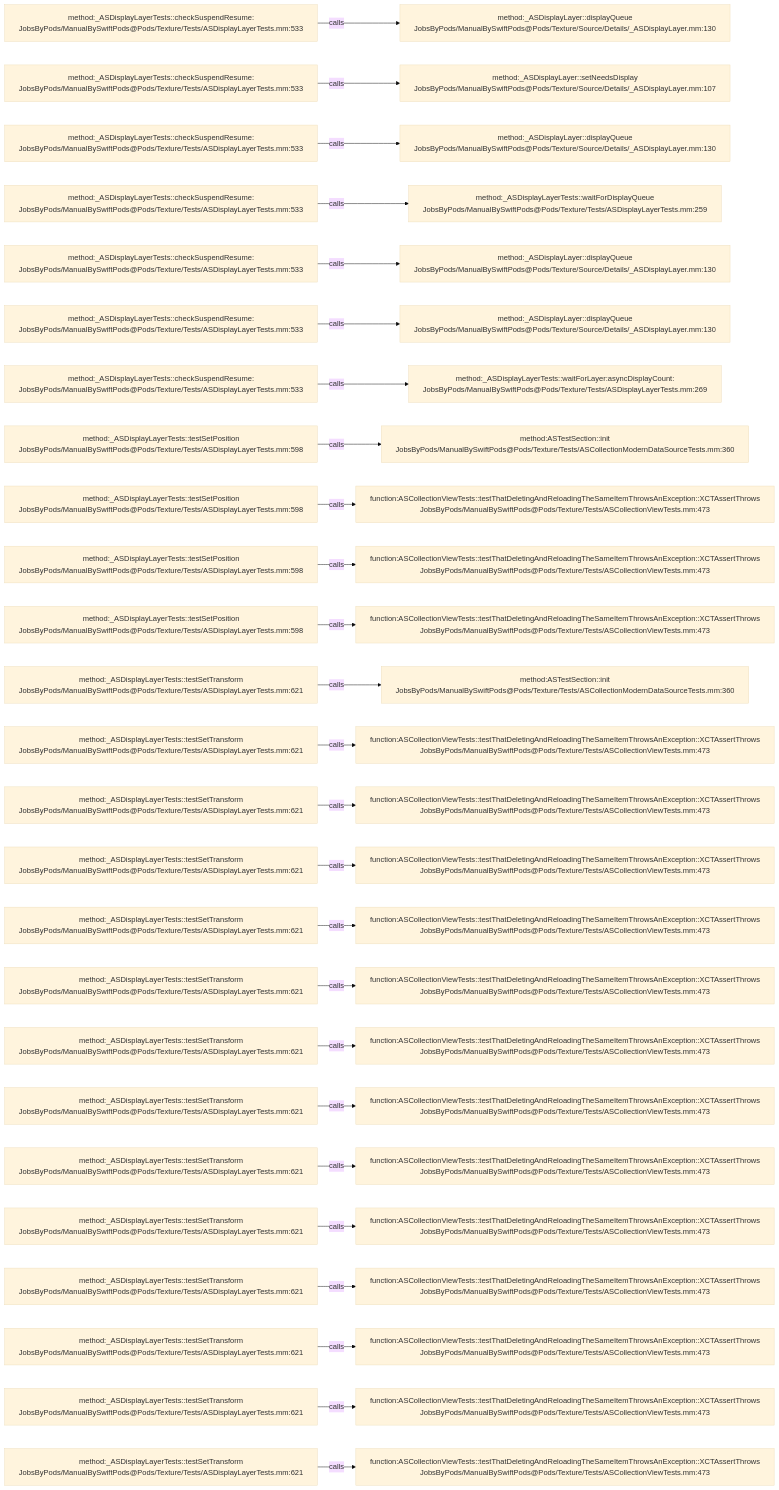
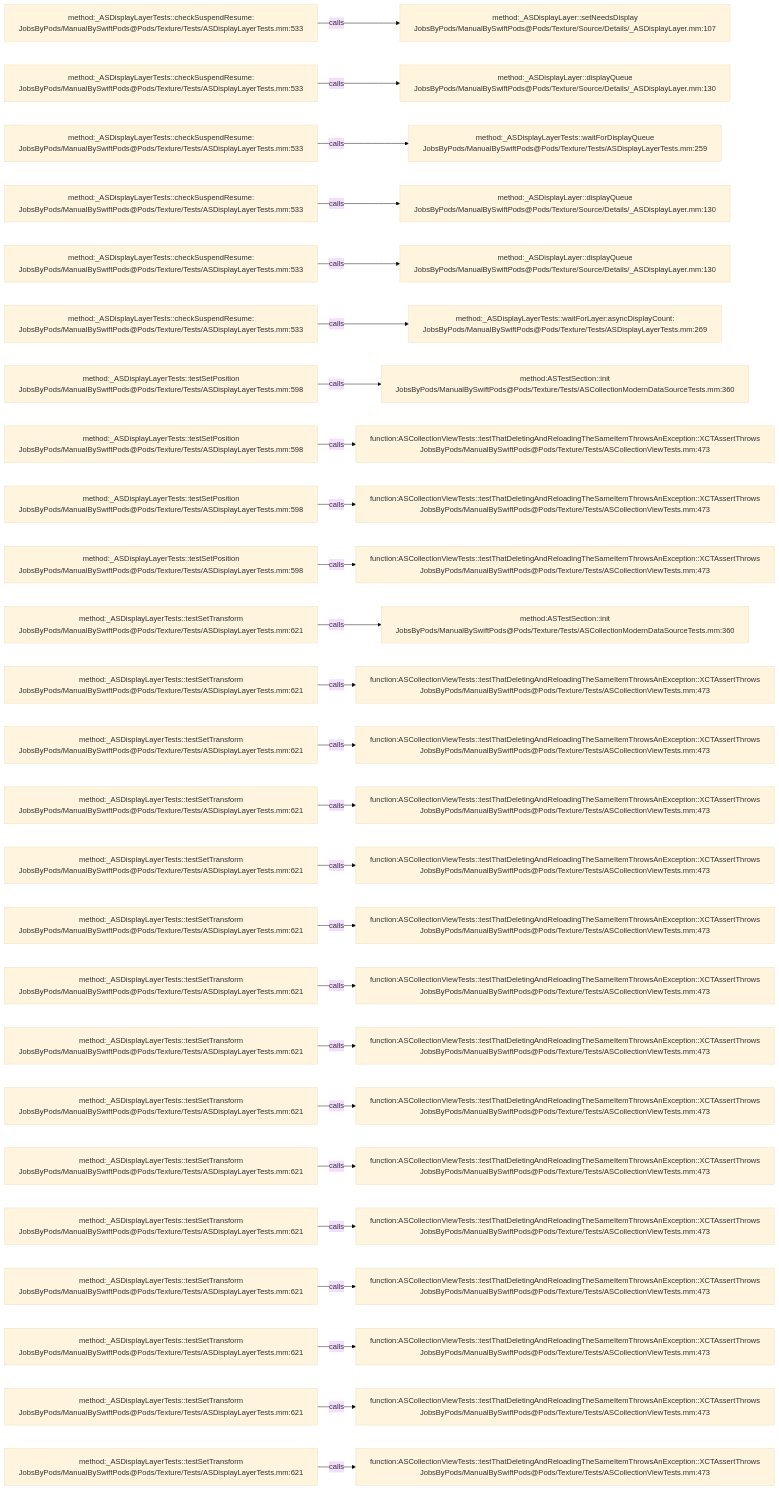
Before and after one commit to JobsKits/JobsSwiftBaseConfigDemo: the diagram in .codegraph/codegraph.md/graphs/calls-181.md, drawn with Mermaid (base theme). The commit also changed 747 other files, not shown here.

````diff
--- a/.codegraph/codegraph.md/graphs/calls-181.md
+++ b/.codegraph/codegraph.md/graphs/calls-181.md
@@ -13,78 +13,78 @@
 ```mermaid
 flowchart LR
   S1["method:_ASDisplayLayerTests::checkSuspendResume:<br/>JobsByPods/ManualBySwiftPods@Pods/Texture/Tests/ASDisplayLayerTests.mm:533"]
-  T1["method:_ASDisplayLayer::displayQueue<br/>JobsByPods/ManualBySwiftPods@Pods/Texture/Source/Details/_ASDisplayLayer.mm:130"]
+  T1["method:_ASDisplayLayer::setNeedsDisplay<br/>JobsByPods/ManualBySwiftPods@Pods/Texture/Source/Details/_ASDisplayLayer.mm:107"]
   S1 -->|calls| T1
   S2["method:_ASDisplayLayerTests::checkSuspendResume:<br/>JobsByPods/ManualBySwiftPods@Pods/Texture/Tests/ASDisplayLayerTests.mm:533"]
-  T2["method:_ASDisplayLayer::setNeedsDisplay<br/>JobsByPods/ManualBySwiftPods@Pods/Texture/Source/Details/_ASDisplayLayer.mm:107"]
+  T2["method:_ASDisplayLayer::displayQueue<br/>JobsByPods/ManualBySwiftPods@Pods/Texture/Source/Details/_ASDisplayLayer.mm:130"]
   S2 -->|calls| T2
   S3["method:_ASDisplayLayerTests::checkSuspendResume:<br/>JobsByPods/ManualBySwiftPods@Pods/Texture/Tests/ASDisplayLayerTests.mm:533"]
-  T3["method:_ASDisplayLayer::displayQueue<br/>JobsByPods/ManualBySwiftPods@Pods/Texture/Source/Details/_ASDisplayLayer.mm:130"]
+  T3["method:_ASDisplayLayerTests::waitForDisplayQueue<br/>JobsByPods/ManualBySwiftPods@Pods/Texture/Tests/ASDisplayLayerTests.mm:259"]
   S3 -->|calls| T3
   S4["method:_ASDisplayLayerTests::checkSuspendResume:<br/>JobsByPods/ManualBySwiftPods@Pods/Texture/Tests/ASDisplayLayerTests.mm:533"]
-  T4["method:_ASDisplayLayerTests::waitForDisplayQueue<br/>JobsByPods/ManualBySwiftPods@Pods/Texture/Tests/ASDisplayLayerTests.mm:259"]
+  T4["method:_ASDisplayLayer::displayQueue<br/>JobsByPods/ManualBySwiftPods@Pods/Texture/Source/Details/_ASDisplayLayer.mm:130"]
   S4 -->|calls| T4
   S5["method:_ASDisplayLayerTests::checkSuspendResume:<br/>JobsByPods/ManualBySwiftPods@Pods/Texture/Tests/ASDisplayLayerTests.mm:533"]
   T5["method:_ASDisplayLayer::displayQueue<br/>JobsByPods/ManualBySwiftPods@Pods/Texture/Source/Details/_ASDisplayLayer.mm:130"]
   S5 -->|calls| T5
   S6["method:_ASDisplayLayerTests::checkSuspendResume:<br/>JobsByPods/ManualBySwiftPods@Pods/Texture/Tests/ASDisplayLayerTests.mm:533"]
-  T6["method:_ASDisplayLayer::displayQueue<br/>JobsByPods/ManualBySwiftPods@Pods/Texture/Source/Details/_ASDisplayLayer.mm:130"]
+  T6["method:_ASDisplayLayerTests::waitForLayer:asyncDisplayCount:<br/>JobsByPods/ManualBySwiftPods@Pods/Texture/Tests/ASDisplayLayerTests.mm:269"]
   S6 -->|calls| T6
-  S7["method:_ASDisplayLayerTests::checkSuspendResume:<br/>JobsByPods/ManualBySwiftPods@Pods/Texture/Tests/ASDisplayLayerTests.mm:533"]
-  T7["method:_ASDisplayLayerTests::waitForLayer:asyncDisplayCount:<br/>JobsByPods/ManualBySwiftPods@Pods/Texture/Tests/ASDisplayLayerTests.mm:269"]
+  S7["method:_ASDisplayLayerTests::testSetPosition<br/>JobsByPods/ManualBySwiftPods@Pods/Texture/Tests/ASDisplayLayerTests.mm:598"]
+  T7["method:ASTestSection::init<br/>JobsByPods/ManualBySwiftPods@Pods/Texture/Tests/ASCollectionModernDataSourceTests.mm:360"]
   S7 -->|calls| T7
   S8["method:_ASDisplayLayerTests::testSetPosition<br/>JobsByPods/ManualBySwiftPods@Pods/Texture/Tests/ASDisplayLayerTests.mm:598"]
-  T8["method:ASTestSection::init<br/>JobsByPods/ManualBySwiftPods@Pods/Texture/Tests/ASCollectionModernDataSourceTests.mm:360"]
+  T8["function:ASCollectionViewTests::testThatDeletingAndReloadingTheSameItemThrowsAnException::XCTAssertThrows<br/>JobsByPods/ManualBySwiftPods@Pods/Texture/Tests/ASCollectionViewTests.mm:473"]
   S8 -->|calls| T8
   S9["method:_ASDisplayLayerTests::testSetPosition<br/>JobsByPods/ManualBySwiftPods@Pods/Texture/Tests/ASDisplayLayerTests.mm:598"]
   T9["function:ASCollectionViewTests::testThatDeletingAndReloadingTheSameItemThrowsAnException::XCTAssertThrows<br/>JobsByPods/ManualBySwiftPods@Pods/Texture/Tests/ASCollectionViewTests.mm:473"]
   S9 -->|calls| T9
   S10["method:_ASDisplayLayerTests::testSetPosition<br/>JobsByPods/ManualBySwiftPods@Pods/Texture/Tests/ASDisplayLayerTests.mm:598"]
   T10["function:ASCollectionViewTests::testThatDeletingAndReloadingTheSameItemThrowsAnException::XCTAssertThrows<br/>JobsByPods/ManualBySwiftPods@Pods/Texture/Tests/ASCollectionViewTests.mm:473"]
   S10 -->|calls| T10
-  S11["method:_ASDisplayLayerTests::testSetPosition<br/>JobsByPods/ManualBySwiftPods@Pods/Texture/Tests/ASDisplayLayerTests.mm:598"]
-  T11["function:ASCollectionViewTests::testThatDeletingAndReloadingTheSameItemThrowsAnException::XCTAssertThrows<br/>JobsByPods/ManualBySwiftPods@Pods/Texture/Tests/ASCollectionViewTests.mm:473"]
+  S11["method:_ASDisplayLayerTests::testSetTransform<br/>JobsByPods/ManualBySwiftPods@Pods/Texture/Tests/ASDisplayLayerTests.mm:621"]
+  T11["method:ASTestSection::init<br/>JobsByPods/ManualBySwiftPods@Pods/Texture/Tests/ASCollectionModernDataSourceTests.mm:360"]
   S11 -->|calls| T11
   S12["method:_ASDisplayLayerTests::testSetTransform<br/>JobsByPods/ManualBySwiftPods@Pods/Texture/Tests/ASDisplayLayerTests.mm:621"]
-  T12["method:ASTestSection::init<br/>JobsByPods/ManualBySwiftPods@Pods/Texture/Tests/ASCollectionModernDataSourceTests.mm:360"]
+  T12["function:ASCollectionViewTests::testThatDeletingAndReloadingTheSameItemThrowsAnException::XCTAssertThrows<br/>JobsByPods/ManualBySwiftPods@Pods/Texture/Tests/ASCollectionViewTests.mm:473"]
   S12 -->|calls| T12
   S13["method:_ASDisplayLayerTests::testSetTransform<br/>JobsByPods/ManualBySwiftPods@Pods/Texture/Tests/ASDisplayLayerTests.mm:621"]
   T13["function:ASCollectionViewTests::testThatDeletingAndReloadingTheSameItemThrowsAnException::XCTAssertThrows<br/>JobsByPods/ManualBySwiftPods@Pods/Texture/Tests/ASCollectionViewTests.mm:473"]
   S13 -->|calls| T13
   S14["method:_ASDisplayLayerTests::testSetTransform<br/>JobsByPods/ManualBySwiftPods@Pods/Texture/Tests/ASDisplayLayerTests.mm:621"]
   T14["function:ASCollectionViewTests::testThatDeletingAndReloadingTheSameItemThrowsAnException::XCTAssertThrows<br/>JobsByPods/ManualBySwiftPods@Pods/Texture/Tests/ASCollectionViewTests.mm:473"]
   S14 -->|calls| T14
   S15["method:_ASDisplayLayerTests::testSetTransform<br/>JobsByPods/ManualBySwiftPods@Pods/Texture/Tests/ASDisplayLayerTests.mm:621"]
   T15["function:ASCollectionViewTests::testThatDeletingAndReloadingTheSameItemThrowsAnException::XCTAssertThrows<br/>JobsByPods/ManualBySwiftPods@Pods/Texture/Tests/ASCollectionViewTests.mm:473"]
   S15 -->|calls| T15
   S16["method:_ASDisplayLayerTests::testSetTransform<br/>JobsByPods/ManualBySwiftPods@Pods/Texture/Tests/ASDisplayLayerTests.mm:621"]
   T16["function:ASCollectionViewTests::testThatDeletingAndReloadingTheSameItemThrowsAnException::XCTAssertThrows<br/>JobsByPods/ManualBySwiftPods@Pods/Texture/Tests/ASCollectionViewTests.mm:473"]
   S16 -->|calls| T16
   S17["method:_ASDisplayLayerTests::testSetTransform<br/>JobsByPods/ManualBySwiftPods@Pods/Texture/Tests/ASDisplayLayerTests.mm:621"]
   T17["function:ASCollectionViewTests::testThatDeletingAndReloadingTheSameItemThrowsAnException::XCTAssertThrows<br/>JobsByPods/ManualBySwiftPods@Pods/Texture/Tests/ASCollectionViewTests.mm:473"]
   S17 -->|calls| T17
   S18["method:_ASDisplayLayerTests::testSetTransform<br/>JobsByPods/ManualBySwiftPods@Pods/Texture/Tests/ASDisplayLayerTests.mm:621"]
   T18["function:ASCollectionViewTests::testThatDeletingAndReloadingTheSameItemThrowsAnException::XCTAssertThrows<br/>JobsByPods/ManualBySwiftPods@Pods/Texture/Tests/ASCollectionViewTests.mm:473"]
   S18 -->|calls| T18
   S19["method:_ASDisplayLayerTests::testSetTransform<br/>JobsByPods/ManualBySwiftPods@Pods/Texture/Tests/ASDisplayLayerTests.mm:621"]
   T19["function:ASCollectionViewTests::testThatDeletingAndReloadingTheSameItemThrowsAnException::XCTAssertThrows<br/>JobsByPods/ManualBySwiftPods@Pods/Texture/Tests/ASCollectionViewTests.mm:473"]
   S19 -->|calls| T19
   S20["method:_ASDisplayLayerTests::testSetTransform<br/>JobsByPods/ManualBySwiftPods@Pods/Texture/Tests/ASDisplayLayerTests.mm:621"]
   T20["function:ASCollectionViewTests::testThatDeletingAndReloadingTheSameItemThrowsAnException::XCTAssertThrows<br/>JobsByPods/ManualBySwiftPods@Pods/Texture/Tests/ASCollectionViewTests.mm:473"]
   S20 -->|calls| T20
   S21["method:_ASDisplayLayerTests::testSetTransform<br/>JobsByPods/ManualBySwiftPods@Pods/Texture/Tests/ASDisplayLayerTests.mm:621"]
   T21["function:ASCollectionViewTests::testThatDeletingAndReloadingTheSameItemThrowsAnException::XCTAssertThrows<br/>JobsByPods/ManualBySwiftPods@Pods/Texture/Tests/ASCollectionViewTests.mm:473"]
   S21 -->|calls| T21
   S22["method:_ASDisplayLayerTests::testSetTransform<br/>JobsByPods/ManualBySwiftPods@Pods/Texture/Tests/ASDisplayLayerTests.mm:621"]
   T22["function:ASCollectionViewTests::testThatDeletingAndReloadingTheSameItemThrowsAnException::XCTAssertThrows<br/>JobsByPods/ManualBySwiftPods@Pods/Texture/Tests/ASCollectionViewTests.mm:473"]
   S22 -->|calls| T22
   S23["method:_ASDisplayLayerTests::testSetTransform<br/>JobsByPods/ManualBySwiftPods@Pods/Texture/Tests/ASDisplayLayerTests.mm:621"]
   T23["function:ASCollectionViewTests::testThatDeletingAndReloadingTheSameItemThrowsAnException::XCTAssertThrows<br/>JobsByPods/ManualBySwiftPods@Pods/Texture/Tests/ASCollectionViewTests.mm:473"]
   S23 -->|calls| T23
   S24["method:_ASDisplayLayerTests::testSetTransform<br/>JobsByPods/ManualBySwiftPods@Pods/Texture/Tests/ASDisplayLayerTests.mm:621"]
   T24["function:ASCollectionViewTests::testThatDeletingAndReloadingTheSameItemThrowsAnException::XCTAssertThrows<br/>JobsByPods/ManualBySwiftPods@Pods/Texture/Tests/ASCollectionViewTests.mm:473"]
   S24 -->|calls| T24
   S25["method:_ASDisplayLayerTests::testSetTransform<br/>JobsByPods/ManualBySwiftPods@Pods/Texture/Tests/ASDisplayLayerTests.mm:621"]
   T25["function:ASCollectionViewTests::testThatDeletingAndReloadingTheSameItemThrowsAnException::XCTAssertThrows<br/>JobsByPods/ManualBySwiftPods@Pods/Texture/Tests/ASCollectionViewTests.mm:473"]
   S25 -->|calls| T25
 ```
````
